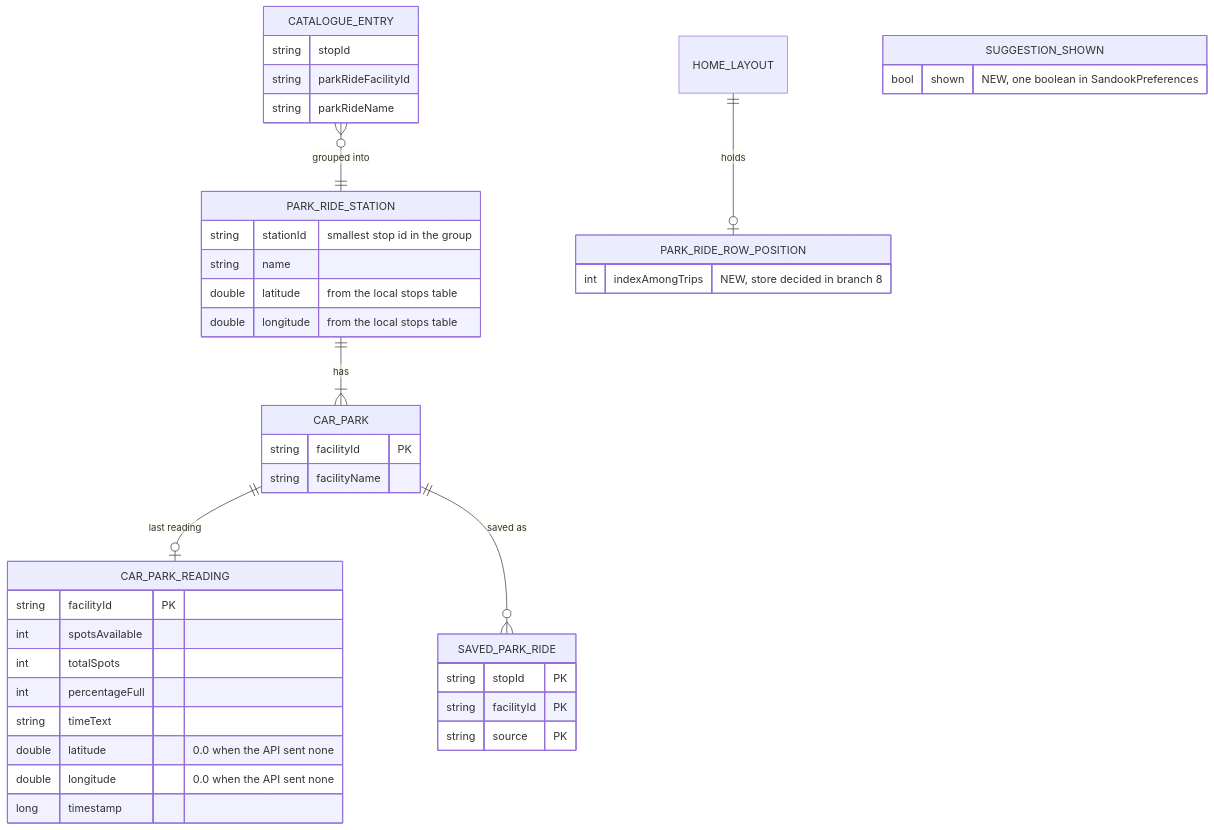
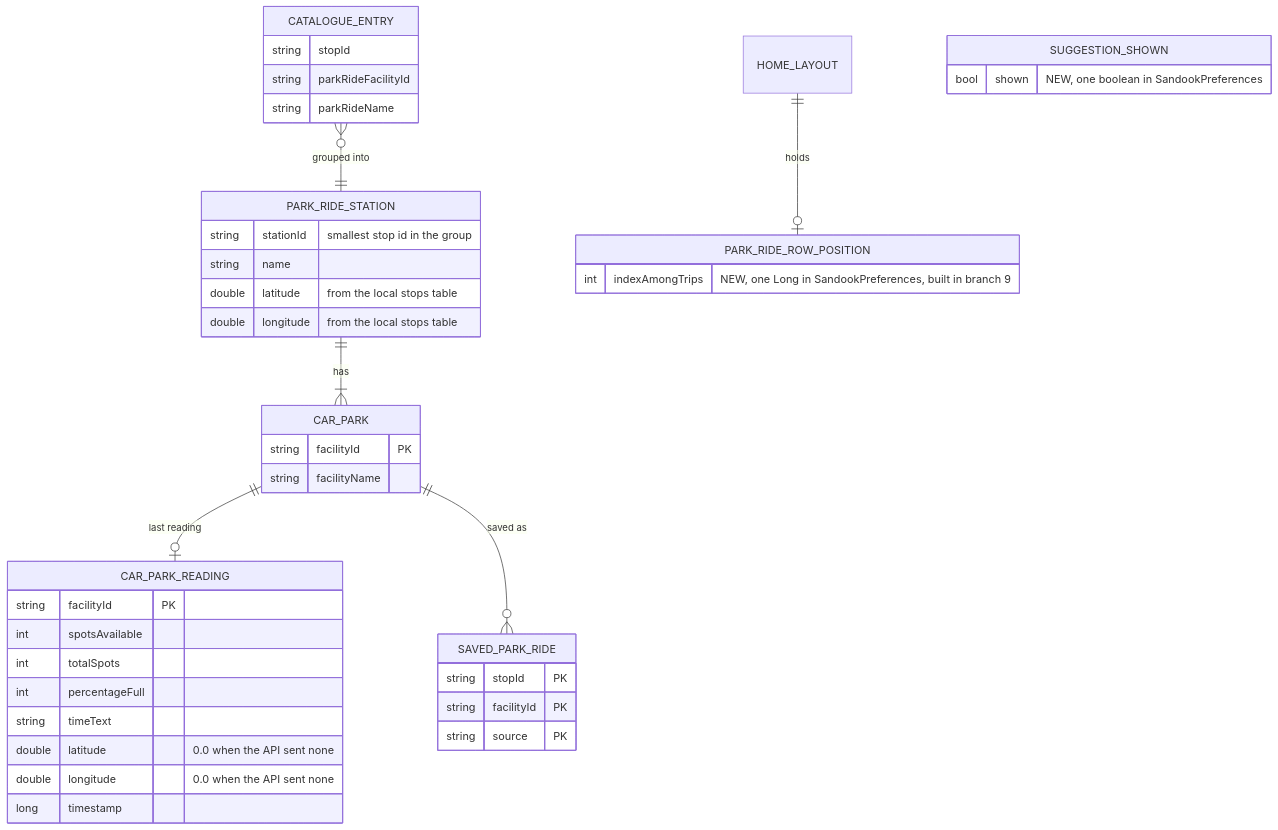
One commit to ksharma-xyz/KRAIL changed the first of 2 diagrams in docs/features/map-home/ERD.md. Above: the diagram before and after it, drawn with Mermaid. The commit also changed other lines of this file and 2 other files, not shown here.

First line of the commit message:
Record reorder mode, its cost and its defaults in the ERD

````diff
--- a/docs/features/map-home/ERD.md
+++ b/docs/features/map-home/ERD.md
@@ -36,45 +36,45 @@
 ```mermaid
 erDiagram
     CATALOGUE_ENTRY }o--|| PARK_RIDE_STATION : "grouped into"
     PARK_RIDE_STATION ||--|{ CAR_PARK : has
     CAR_PARK ||--o| CAR_PARK_READING : "last reading"
     CAR_PARK ||--o{ SAVED_PARK_RIDE : "saved as"
     HOME_LAYOUT ||--o| PARK_RIDE_ROW_POSITION : holds
 
     CATALOGUE_ENTRY {
         string stopId
         string parkRideFacilityId
         string parkRideName
     }
     PARK_RIDE_STATION {
         string stationId "smallest stop id in the group"
         string name
         double latitude "from the local stops table"
         double longitude "from the local stops table"
     }
     CAR_PARK {
         string facilityId PK
         string facilityName
     }
     CAR_PARK_READING {
         string facilityId PK
         int spotsAvailable
         int totalSpots
         int percentageFull
         string timeText
         double latitude "0.0 when the API sent none"
         double longitude "0.0 when the API sent none"
         long timestamp
     }
     SAVED_PARK_RIDE {
         string stopId PK
         string facilityId PK
         string source PK
     }
     PARK_RIDE_ROW_POSITION {
-        int indexAmongTrips "NEW, store decided in branch 8"
+        int indexAmongTrips "NEW, one Long in SandookPreferences, built in branch 9"
     }
     SUGGESTION_SHOWN {
         bool shown "NEW, one boolean in SandookPreferences"
     }
 ```
````
